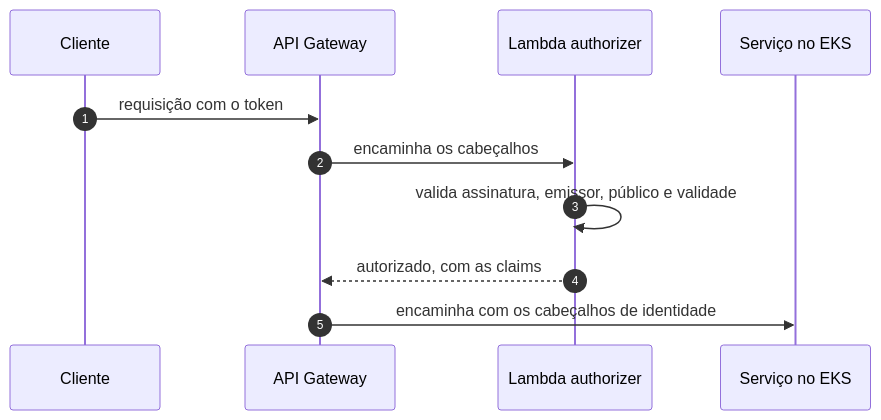
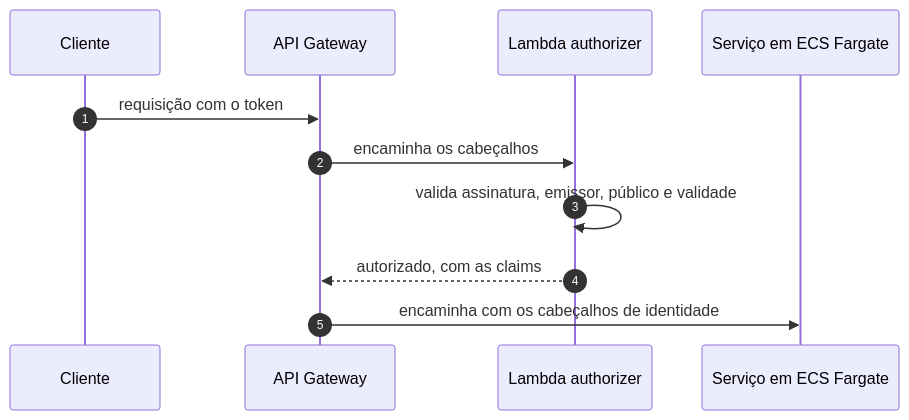
The second of 2 diagrams in README.md (fabianorodrigues/oficina-auth-lambda-fiap-fase4), drawn with Mermaid before and after one commit. The commit also changed other lines of this file, not shown here.

````diff
--- a/README.md
+++ b/README.md
@@ -79,14 +95,14 @@
 ```mermaid
 sequenceDiagram
     autonumber
     participant C as Cliente
     participant G as API Gateway
     participant A as Lambda authorizer
-    participant B as Serviço no EKS
+    participant B as Serviço em ECS Fargate
 
     C->>G: requisição com o token
     G->>A: encaminha os cabeçalhos
     A->>A: valida assinatura, emissor, público e validade
     A-->>G: autorizado, com as claims
     G->>B: encaminha com os cabeçalhos de identidade
 ```
````
